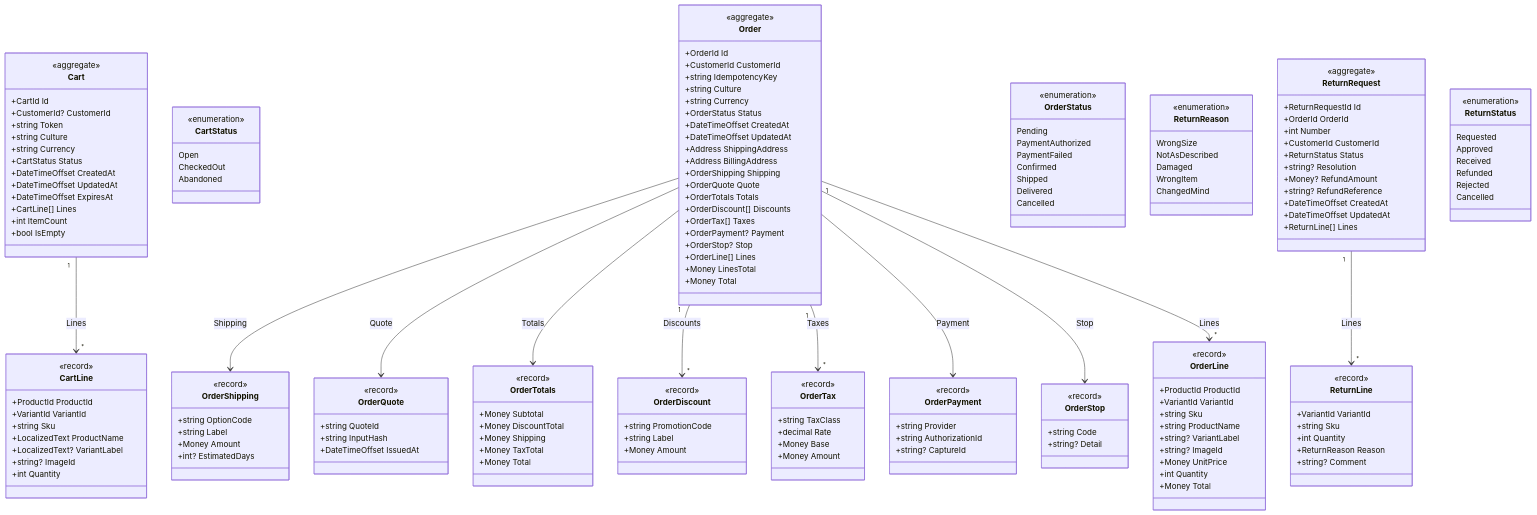
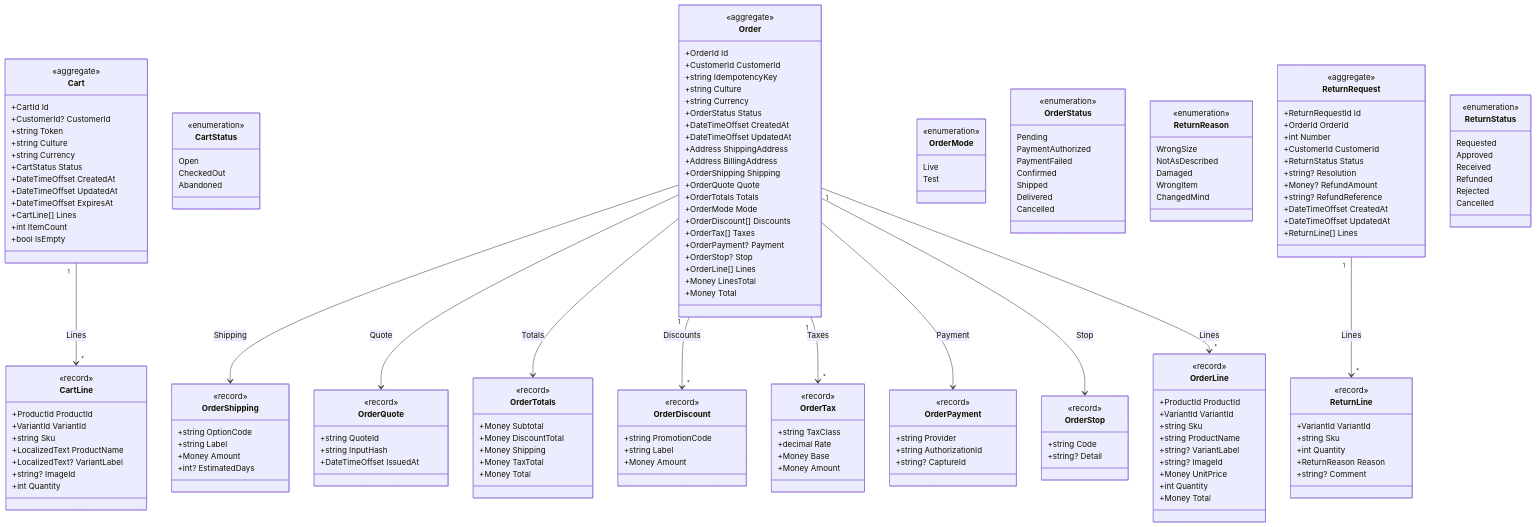
Before and after one commit to juanluelguerre/tendero: the fifth of 11 diagrams in docs/domain-model.md, drawn with Mermaid. The commit also changed 37 other files, not shown here.

```diff
--- a/docs/domain-model.md
+++ b/docs/domain-model.md
@@ -447,6 +447,7 @@
         +OrderShipping Shipping
         +OrderQuote Quote
         +OrderTotals Totals
+        +OrderMode Mode
         +OrderDiscount[] Discounts
         +OrderTax[] Taxes
         +OrderPayment? Payment
@@ -472,6 +473,11 @@
         +Money UnitPrice
         +int Quantity
         +Money Total
+    }
+    class OrderMode {
+        <<enumeration>>
+        Live
+        Test
     }
     class OrderPayment {
         <<record>>
```
